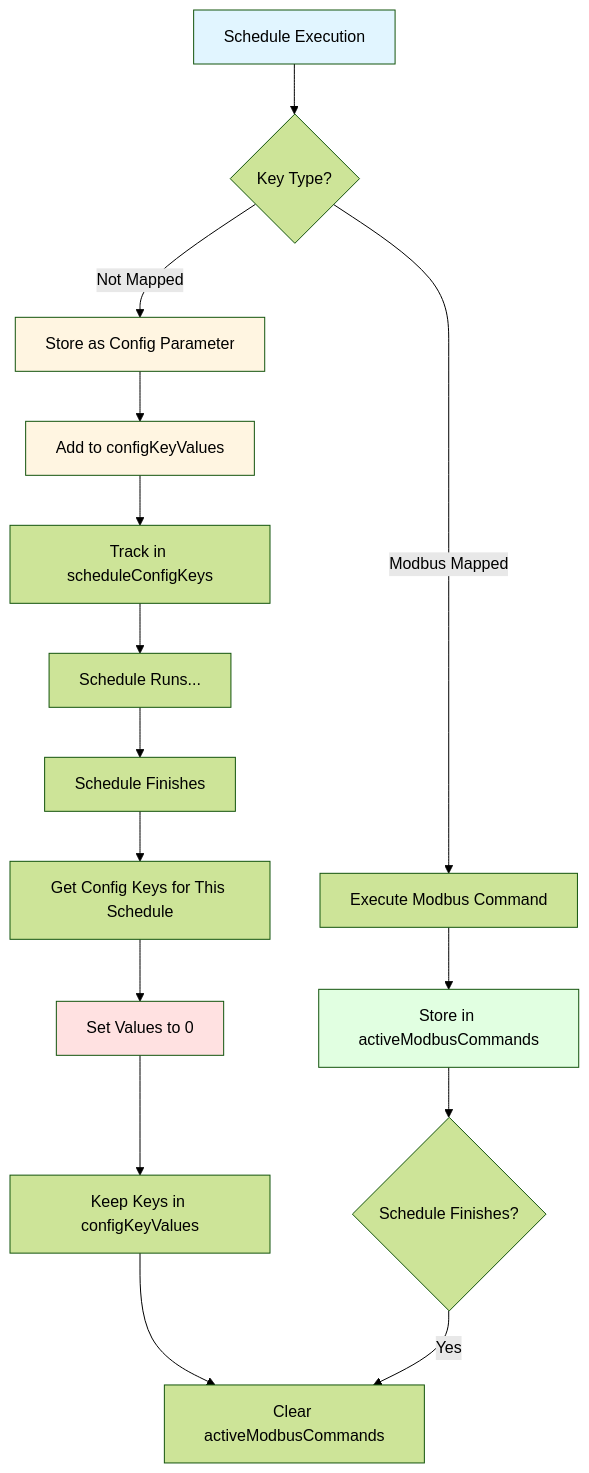
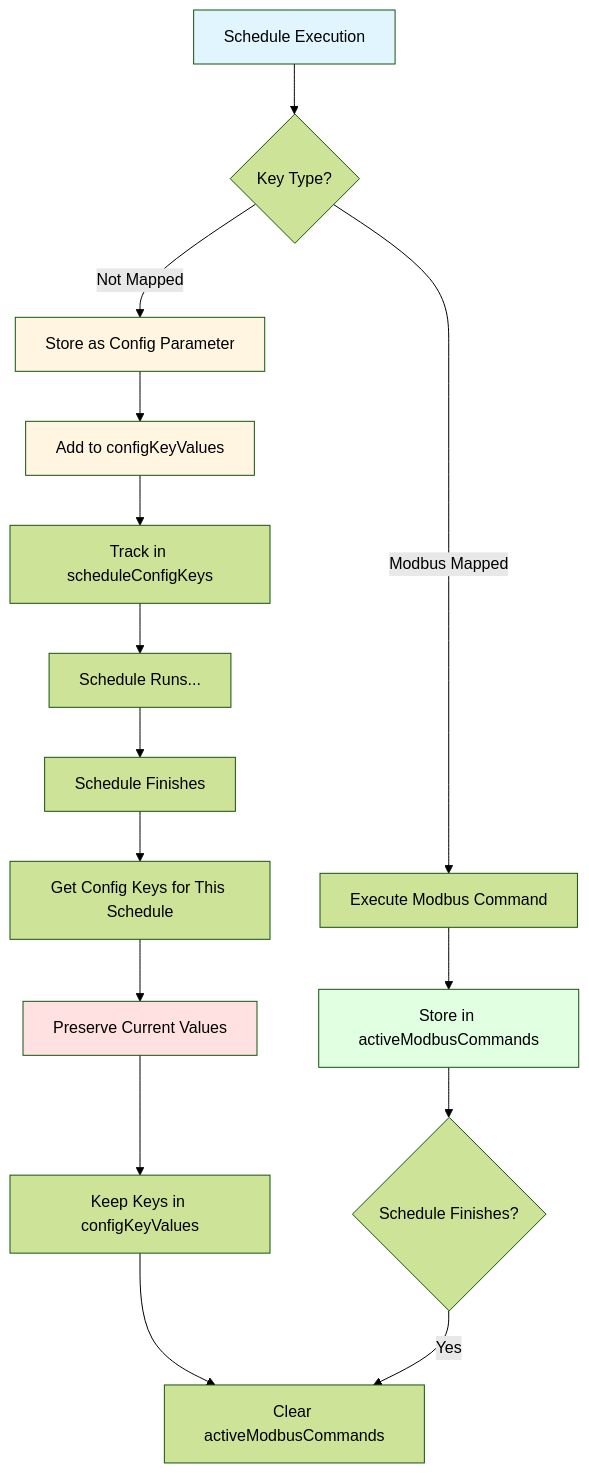
One commit to VIIS-IOT/viis-node-red changed diagram 15 of 19 in src/modules/viis-schedule-executor/docs/FLOW-DOCUMENTATION.md. Above: the diagram before and after it, drawn with Mermaid (forest theme). The commit also changed other lines of this file and 16 other files, not shown here.

````diff
--- a/src/modules/viis-schedule-executor/docs/FLOW-DOCUMENTATION.md
+++ b/src/modules/viis-schedule-executor/docs/FLOW-DOCUMENTATION.md
@@ -1032,28 +1036,28 @@
 ```mermaid
 graph TD
     A[Schedule Execution] --> B{Key Type?}
-    
+
     B -->|Modbus Mapped| C[Execute Modbus Command]
     B -->|Not Mapped| D[Store as Config Parameter]
-    
+
     C --> E[Store in activeModbusCommands]
     D --> F[Add to configKeyValues]
-    
+
     F --> G[Track in scheduleConfigKeys]
     G --> H[Schedule Runs...]
-    
+
     H --> I[Schedule Finishes]
     I --> J[Get Config Keys for This Schedule]
-    J --> K[Set Values to 0]
+    J --> K[Preserve Current Values]
     K --> L[Keep Keys in configKeyValues]
     L --> M[Clear activeModbusCommands]
-    
+
     E --> N{Schedule Finishes?}
     N -->|Yes| M
-    
+
     style A fill:#e1f5ff
     style D fill:#fff5e1
     style E fill:#e1ffe1
     style F fill:#fff5e1
     style K fill:#ffe1e1
 ```
````
